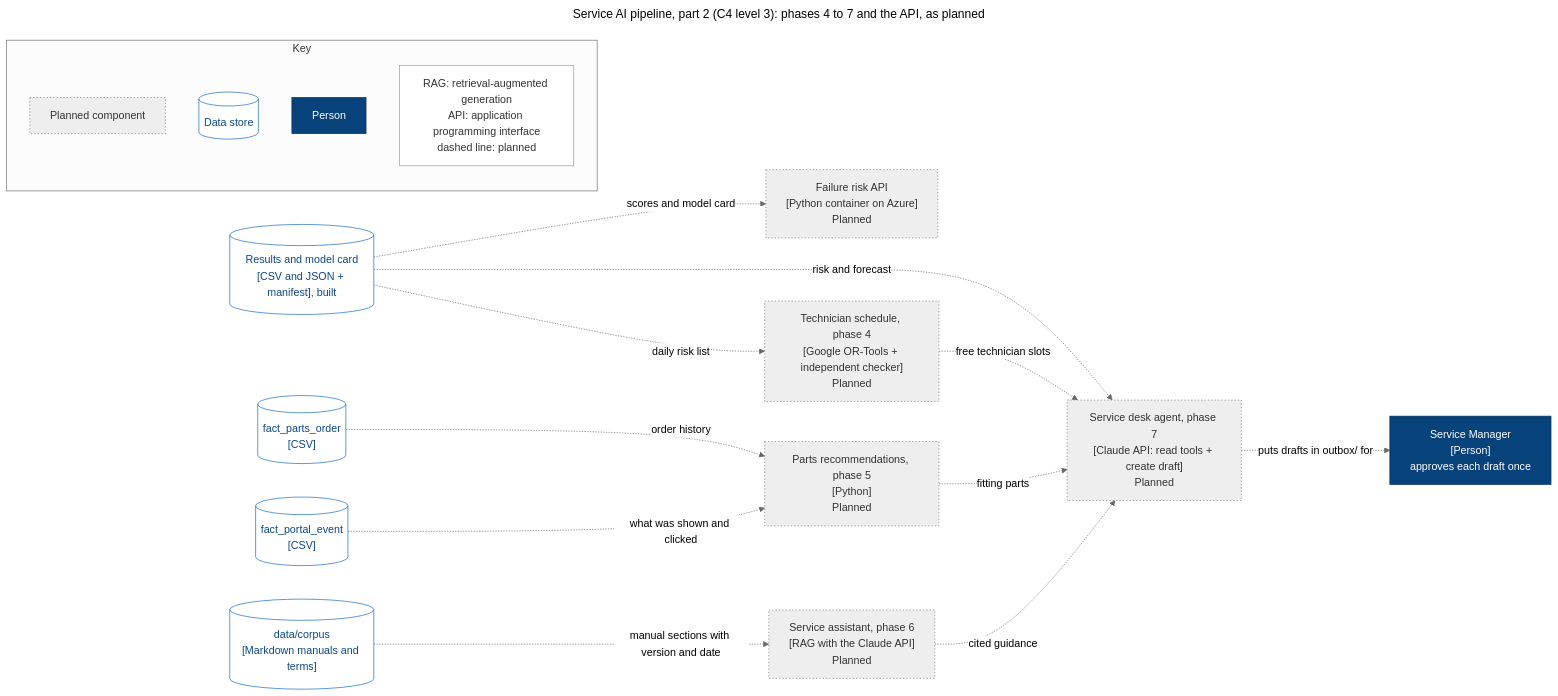
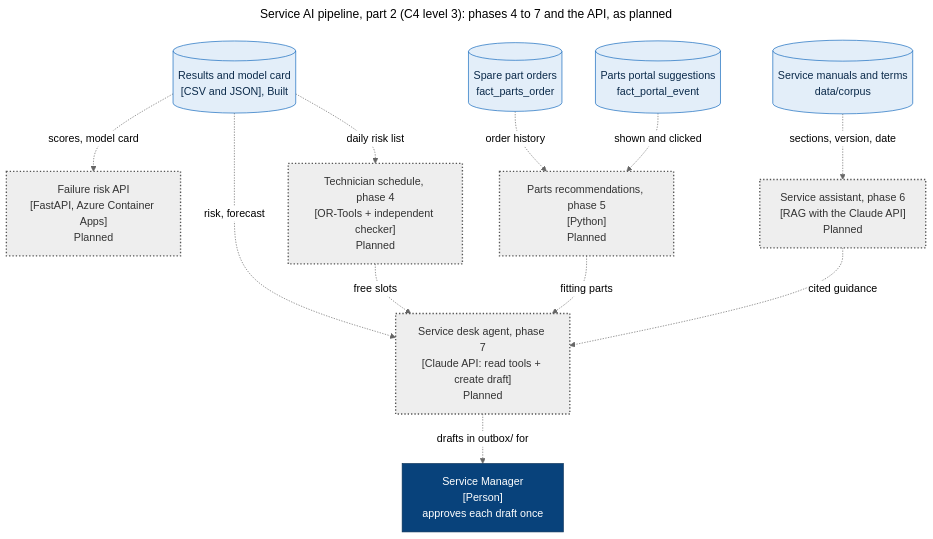
One commit to voneeci/fjordvik changed the fifth of 5 diagrams in docs/architecture.md. Above: the diagram before and after it, drawn with Mermaid (neutral theme). The commit also changed other lines of this file and 5 other files, not shown here.

First line of the commit message:
docs: concepts and methods, plant data flow, business names on drawings

````diff
--- a/docs/architecture.md
+++ b/docs/architecture.md
@@ -250,42 +367,33 @@
 ```mermaid
 ---
 title: "Service AI pipeline, part 2 (C4 level 3): phases 4 to 7 and the API, as planned"
 ---
-flowchart LR
-    classDef built fill:#1168bd,color:#ffffff,stroke:#0b4884
-    classDef planned fill:#eeeeee,color:#333333,stroke:#777777,stroke-dasharray:2 3
-    classDef store fill:#ffffff,color:#0b4884,stroke:#1168bd
-    classDef lock fill:#fff4d6,color:#5c4400,stroke:#8a6d00
+flowchart TB
+    accTitle: Service AI pipeline, phases 4 to 7 and the API, as planned
+    accDescr: All planned. The phase 3 results feed a failure risk API and the phase 4 technician schedule. Order history and portal clicks feed phase 5 parts recommendations. Manual sections feed the phase 6 service assistant. The schedule, recommendations, assistant and results feed the phase 7 service desk agent, which puts drafts in an outbox for the Service Manager to approve once.
+    classDef planned fill:#eeeeee,color:#333333,stroke:#555555,stroke-width:2px,stroke-dasharray:2 3
+    classDef store fill:#e3eef9,color:#0b2a4a,stroke:#1168bd
     classDef person fill:#08427b,color:#ffffff,stroke:#052e56
-    classDef note fill:#ffffff,color:#333333,stroke:#999999
 
-    subgraph KEY["Key"]
-        direction TB
-        KP["Planned component"]:::planned
-        KS[("Data store")]:::store
-        KH["Person"]:::person
-        KN["RAG: retrieval-augmented generation<br/>API: application programming interface<br/>dashed line: planned"]:::note
-    end
-
-    RES[("Results and model card<br/>[CSV and JSON + manifest], built")]:::store
-    ORD[("fact_parts_order<br/>[CSV]")]:::store
-    POR[("fact_portal_event<br/>[CSV]")]:::store
-    COR[("data/corpus<br/>[Markdown manuals and terms]")]:::store
-    API["Failure risk API<br/>[Python container on Azure]<br/>Planned"]:::planned
-    SCH["Technician schedule, phase 4<br/>[Google OR-Tools + independent checker]<br/>Planned"]:::planned
+    RES[("Results and model card<br/>[CSV and JSON], Built")]:::store
+    ORD[("Spare part orders<br/>fact_parts_order")]:::store
+    POR[("Parts portal suggestions<br/>fact_portal_event")]:::store
+    COR[("Service manuals and terms<br/>data/corpus")]:::store
+    API["Failure risk API<br/>[FastAPI, Azure Container Apps]<br/>Planned"]:::planned
+    SCH["Technician schedule, phase 4<br/>[OR-Tools + independent checker]<br/>Planned"]:::planned
     REC["Parts recommendations, phase 5<br/>[Python]<br/>Planned"]:::planned
     AST["Service assistant, phase 6<br/>[RAG with the Claude API]<br/>Planned"]:::planned
     AGT["Service desk agent, phase 7<br/>[Claude API: read tools + create draft]<br/>Planned"]:::planned
     REV["Service Manager<br/>[Person]<br/>approves each draft once"]:::person
 
-    RES -.->|"scores and model card"| API
+    RES -.->|"scores, model card"| API
     RES -.->|"daily risk list"| SCH
     ORD -.->|"order history"| REC
-    POR -.->|"what was shown and clicked"| REC
-    COR -.->|"manual sections with version and date"| AST
-    RES -.->|"risk and forecast"| AGT
-    SCH -.->|"free technician slots"| AGT
+    POR -.->|"shown and clicked"| REC
+    COR -.->|"sections, version, date"| AST
+    RES -.->|"risk, forecast"| AGT
+    SCH -.->|"free slots"| AGT
     REC -.->|"fitting parts"| AGT
     AST -.->|"cited guidance"| AGT
-    AGT -.->|"puts drafts in outbox/ for"| REV
+    AGT -.->|"drafts in outbox/ for"| REV
 ```
````
